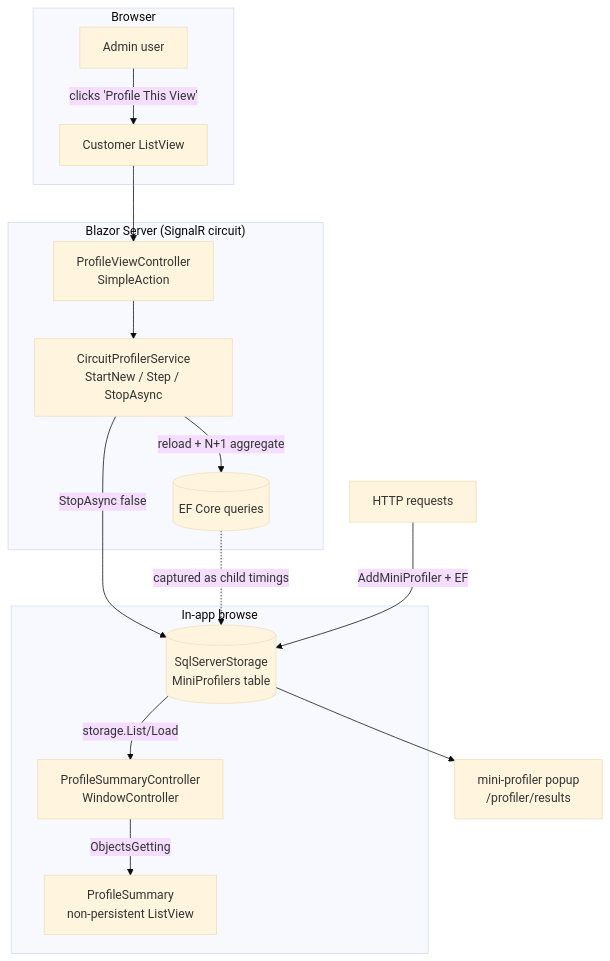
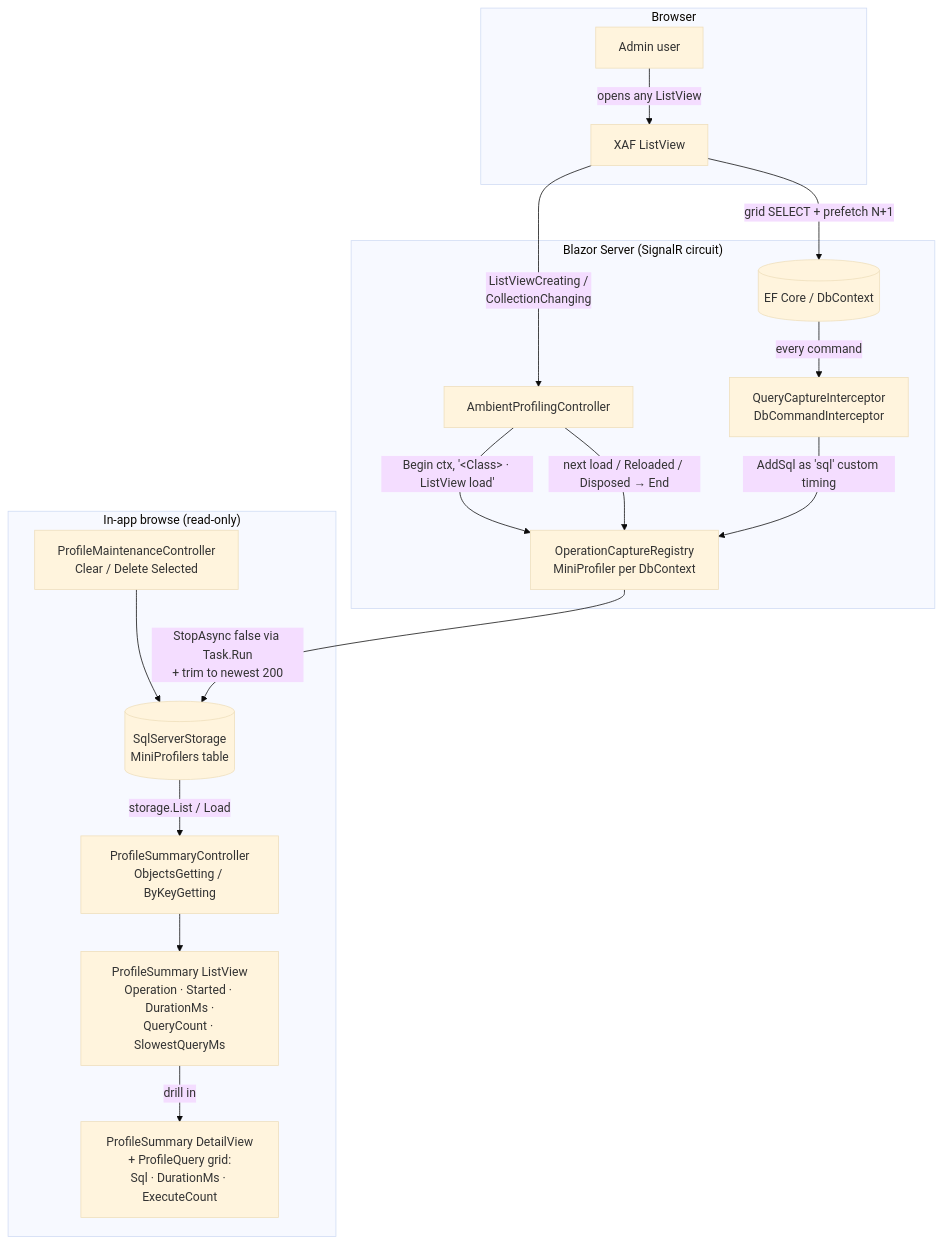
The diagram in README.md (MBrekhof/XAFProfiler), drawn with Mermaid (base theme) before and after one commit. The commit also changed other lines of this file and 8 other files, not shown here.

First line of the commit message:
docs: update docs + diagram for ambient EF profiling; untrack excalidraw.log

````diff
--- a/README.md
+++ b/README.md
@@ -35,23 +48,24 @@
 ```mermaid
 flowchart TD
     subgraph Browser
-        U[Admin user] -->|clicks 'Profile This View'| Circuit
+        U[Admin user] -->|opens any ListView| Grid
     end
 
     subgraph "Blazor Server (SignalR circuit)"
-        Circuit[Customer ListView] --> PVC[ProfileViewController<br/>SimpleAction]
-        PVC --> CPS[CircuitProfilerService<br/>StartNew / Step / StopAsync]
-        CPS -->|reload + N+1 aggregate| EF[(EF Core queries)]
+        Grid[XAF ListView] -->|ListViewCreating /<br/>CollectionChanging| APC[AmbientProfilingController]
+        APC -->|Begin ctx, '&lt;Class&gt; · ListView load'| REG[OperationCaptureRegistry<br/>MiniProfiler per DbContext]
+        Grid -->|grid SELECT + prefetch N+1| EF[(EF Core / DbContext)]
+        EF -->|every command| INT[QueryCaptureInterceptor<br/>DbCommandInterceptor]
+        INT -->|AddSql as 'sql' custom timing| REG
+        APC -->|next load / Reloaded / Disposed → End| REG
     end
 
-    CPS -->|StopAsync false| STORE[(SqlServerStorage<br/>MiniProfilers table)]
-    EF -. captured as child timings .-> STORE
+    REG -->|StopAsync false via Task.Run<br/>+ trim to newest 200| STORE[(SqlServerStorage<br/>MiniProfilers table)]
 
-    subgraph "In-app browse"
-        PSC[ProfileSummaryController<br/>WindowController] -->|ObjectsGetting| PS[ProfileSummary<br/>non-persistent ListView]
-        STORE -->|storage.List/Load| PSC
+    subgraph "In-app browse (read-only)"
+        STORE -->|storage.List / Load| PSC[ProfileSummaryController<br/>ObjectsGetting / ByKeyGetting]
+        PSC --> PS[ProfileSummary ListView<br/>Operation · Started · DurationMs ·<br/>QueryCount · SlowestQueryMs]
+        PS -->|drill in| PD[ProfileSummary DetailView<br/>+ ProfileQuery grid:<br/>Sql · DurationMs · ExecuteCount]
+        PMC[ProfileMaintenanceController<br/>Clear / Delete Selected] --> STORE
     end
-
-    HTTP[HTTP requests] -->|AddMiniProfiler + EF| STORE
-    STORE --> POPUP[mini-profiler popup<br/>/profiler/results]
 ```
````
